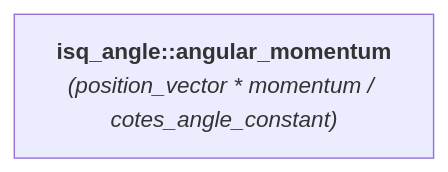
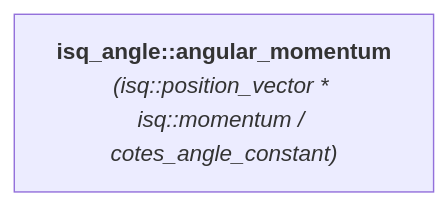
The diagram in docs/reference/systems_reference/hierarchies/angular_momentum_isq_angle.md (mpusz/mp-units), drawn with Mermaid before and after one commit. The commit also changed 27 other files, not shown here.

````diff
--- a/docs/reference/systems_reference/hierarchies/angular_momentum_isq_angle.md
+++ b/docs/reference/systems_reference/hierarchies/angular_momentum_isq_angle.md
@@ -8,4 +8,4 @@
 ```mermaid
 flowchart LR
-    isq_angle_angular_momentum["<b>isq_angle::angular_momentum</b><br><i>(position_vector * momentum / cotes_angle_constant)</i>"]
+    isq_angle_angular_momentum["<b>isq_angle::angular_momentum</b><br><i>(isq::position_vector * isq::momentum / cotes_angle_constant)</i>"]
 ```
````
